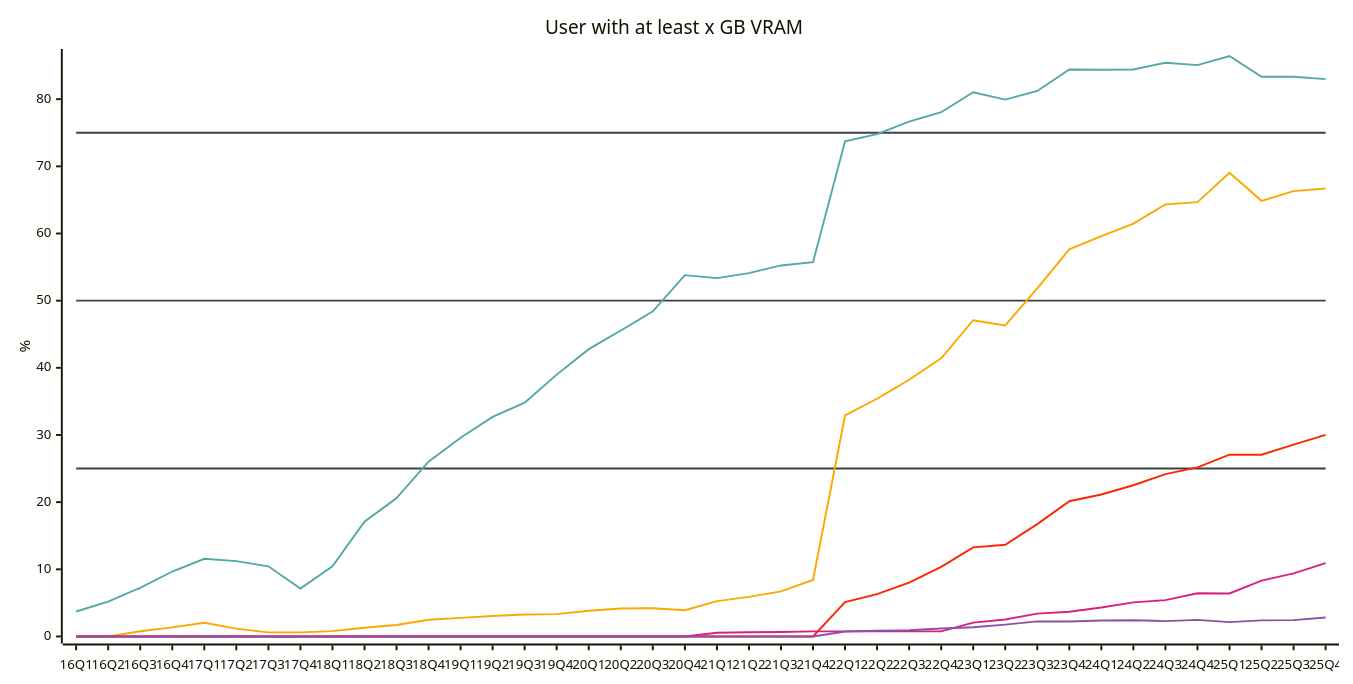
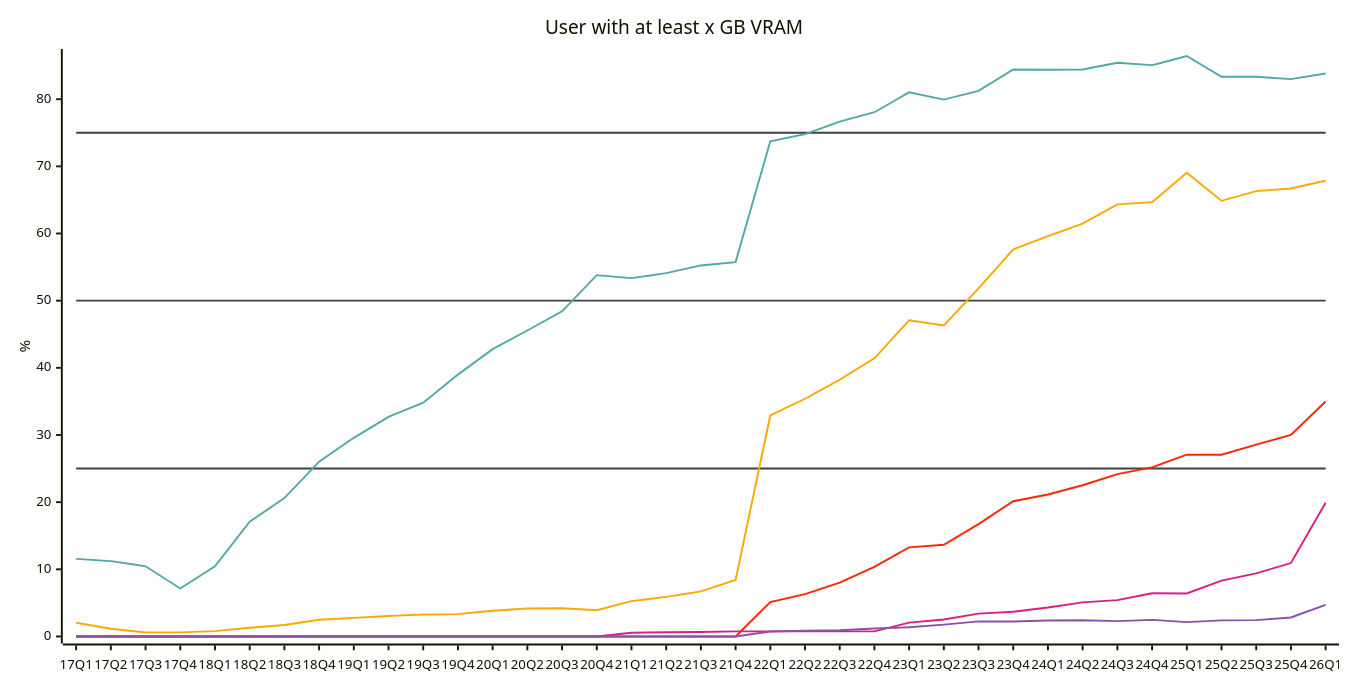
Before and after one commit to jdegene/steamHWsurvey: diagram 12 of 31 in README.md, drawn with Mermaid. The commit also changed other lines of this file and 3 other files, not shown here.

````diff
--- a/README.md
+++ b/README.md
@@ -392,26 +392,26 @@
 ```mermaid
 ---
 config:
     xyChart:
         width: 1400
         height: 700
         
     themeVariables:
         xyChart:
             plotColorPalette: "#404040,#404040,#404040,#51a8a6,#f9a900,#f92800,#d92080,#8a52a6"
 
 --- 
 
 xychart-beta
     title "User with at least x GB VRAM"
-    x-axis [16Q1, 16Q2, 16Q3, 16Q4, 17Q1, 17Q2, 17Q3, 17Q4, 18Q1, 18Q2, 18Q3, 18Q4, 19Q1, 19Q2, 19Q3, 19Q4, 20Q1, 20Q2, 20Q3, 20Q4, 21Q1, 21Q2, 21Q3, 21Q4, 22Q1, 22Q2, 22Q3, 22Q4, 23Q1, 23Q2, 23Q3, 23Q4, 24Q1, 24Q2, 24Q3, 24Q4, 25Q1, 25Q2, 25Q3, 25Q4]
+    x-axis [17Q1, 17Q2, 17Q3, 17Q4, 18Q1, 18Q2, 18Q3, 18Q4, 19Q1, 19Q2, 19Q3, 19Q4, 20Q1, 20Q2, 20Q3, 20Q4, 21Q1, 21Q2, 21Q3, 21Q4, 22Q1, 22Q2, 22Q3, 22Q4, 23Q1, 23Q2, 23Q3, 23Q4, 24Q1, 24Q2, 24Q3, 24Q4, 25Q1, 25Q2, 25Q3, 25Q4, 26Q1]
     y-axis "%" 
- line [25, 25, 25, 25, 25, 25, 25, 25, 25, 25, 25, 25, 25, 25, 25, 25, 25, 25, 25, 25, 25, 25, 25, 25, 25, 25, 25, 25, 25, 25, 25, 25, 25, 25, 25, 25, 25, 25, 25, 25]
- line [50, 50, 50, 50, 50, 50, 50, 50, 50, 50, 50, 50, 50, 50, 50, 50, 50, 50, 50, 50, 50, 50, 50, 50, 50, 50, 50, 50, 50, 50, 50, 50, 50, 50, 50, 50, 50, 50, 50, 50]
- line [75, 75, 75, 75, 75, 75, 75, 75, 75, 75, 75, 75, 75, 75, 75, 75, 75, 75, 75, 75, 75, 75, 75, 75, 75, 75, 75, 75, 75, 75, 75, 75, 75, 75, 75, 75, 75, 75, 75, 75]
-    line [3.716666666666666, 5.183333333333334, 7.246666666666666, 9.673333333333334, 11.559999999999999, 11.223333333333334, 10.45, 7.1466666666666665, 10.453333333333333, 17.083333333333332, 20.599999999999998, 26.023333333333333, 29.580000000000002, 32.70333333333333, 34.803333333333335, 38.989999999999995, 42.78333333333333, 45.556666666666665, 48.413333333333334, 53.79666666666667, 53.35333333333333, 54.11, 55.246666666666655, 55.74, 73.74333333333333, 74.78666666666668, 76.66, 78.05666666666667, 81.02333333333333, 79.93333333333334, 81.23, 84.42333333333335, 84.37666666666667, 84.42999999999999, 85.43333333333334, 85.07000000000001, 86.42666666666666, 83.33, 83.33333333333334, 82.98666666666666]
-    line [0, 0, 0.775, 1.36, 2.0366666666666666, 1.16, 0.61, 0.61, 0.79, 1.3033333333333335, 1.71, 2.48, 2.77, 3.046666666666667, 3.2766666666666664, 3.3266666666666667, 3.836666666666667, 4.16, 4.206666666666667, 3.9099999999999997, 5.256666666666667, 5.89, 6.72, 8.406666666666666, 32.903333333333336, 35.39666666666667, 38.22666666666667, 41.41, 47.08666666666666, 46.32000000000001, 51.83, 57.64999999999999, 59.596666666666664, 61.483333333333334, 64.34333333333333, 64.66333333333333, 69.03333333333333, 64.86666666666667, 66.31666666666666, 66.69666666666666]
-    line [0, 0, 0, 0, 0, 0, 0, 0, 0, 0, 0, 0, 0, 0, 0, 0, 0, 0, 0, 0, 0, 0, 0, 0, 5.11, 6.3133333333333335, 8.006666666666668, 10.366666666666667, 13.273333333333333, 13.66, 16.726666666666667, 20.14, 21.14, 22.516666666666666, 24.173333333333336, 25.183333333333337, 27.063333333333333, 27.060000000000002, 28.573333333333334, 30.020000000000003]
-    line [0, 0, 0, 0, 0, 0, 0, 0, 0, 0, 0, 0, 0, 0, 0, 0, 0, 0, 0, 0, 0.5549999999999999, 0.6333333333333333, 0.6599999999999999, 0.76, 0.76, 0.76, 0.76, 0.76, 2.07, 2.5233333333333334, 3.4066666666666667, 3.6799999999999997, 4.3133333333333335, 5.079999999999999, 5.413333333333333, 6.43, 6.41, 8.316666666666666, 9.403333333333334, 10.93]
-    line [0, 0, 0, 0, 0, 0, 0, 0, 0, 0, 0, 0, 0, 0, 0, 0, 0, 0, 0, 0, 0, 0, 0, 0, 0.75, 0.8500000000000001, 0.9266666666666666, 1.1833333333333333, 1.3733333333333333, 1.76, 2.243333333333333, 2.2333333333333334, 2.3833333333333333, 2.4266666666666667, 2.29, 2.476666666666667, 2.13, 2.396666666666667, 2.4366666666666665, 2.8266666666666667]
+ line [25, 25, 25, 25, 25, 25, 25, 25, 25, 25, 25, 25, 25, 25, 25, 25, 25, 25, 25, 25, 25, 25, 25, 25, 25, 25, 25, 25, 25, 25, 25, 25, 25, 25, 25, 25, 25]
+ line [50, 50, 50, 50, 50, 50, 50, 50, 50, 50, 50, 50, 50, 50, 50, 50, 50, 50, 50, 50, 50, 50, 50, 50, 50, 50, 50, 50, 50, 50, 50, 50, 50, 50, 50, 50, 50]
+ line [75, 75, 75, 75, 75, 75, 75, 75, 75, 75, 75, 75, 75, 75, 75, 75, 75, 75, 75, 75, 75, 75, 75, 75, 75, 75, 75, 75, 75, 75, 75, 75, 75, 75, 75, 75, 75]
+    line [11.559999999999999, 11.223333333333334, 10.45, 7.1466666666666665, 10.453333333333333, 17.083333333333332, 20.599999999999998, 26.023333333333333, 29.580000000000002, 32.70333333333333, 34.803333333333335, 38.989999999999995, 42.78333333333333, 45.556666666666665, 48.413333333333334, 53.79666666666667, 53.35333333333333, 54.11, 55.246666666666655, 55.74, 73.74333333333333, 74.78666666666668, 76.66000000000001, 78.05666666666667, 81.02333333333333, 79.93333333333334, 81.23, 84.42333333333335, 84.37666666666667, 84.42999999999999, 85.43333333333334, 85.07000000000001, 86.42666666666666, 83.33, 83.33333333333334, 82.98666666666666, 83.83]
+    line [2.0366666666666666, 1.16, 0.61, 0.61, 0.79, 1.3033333333333335, 1.71, 2.48, 2.77, 3.046666666666667, 3.2766666666666664, 3.3266666666666667, 3.836666666666667, 4.16, 4.206666666666667, 3.9099999999999997, 5.256666666666667, 5.89, 6.72, 8.406666666666666, 32.903333333333336, 35.39666666666667, 38.22666666666667, 41.41, 47.08666666666666, 46.32000000000001, 51.83, 57.64999999999999, 59.596666666666664, 61.483333333333334, 64.34333333333333, 64.66333333333333, 69.03333333333333, 64.86666666666667, 66.31666666666666, 66.69666666666666, 67.86]
+    line [0, 0, 0, 0, 0, 0, 0, 0, 0, 0, 0, 0, 0, 0, 0, 0, 0, 0, 0, 0, 5.11, 6.3133333333333335, 8.006666666666668, 10.366666666666667, 13.273333333333333, 13.66, 16.726666666666667, 20.14, 21.14, 22.516666666666666, 24.173333333333336, 25.183333333333337, 27.063333333333333, 27.060000000000002, 28.573333333333334, 30.020000000000003, 34.98]
+    line [0, 0, 0, 0, 0, 0, 0, 0, 0, 0, 0, 0, 0, 0, 0, 0, 0.5549999999999999, 0.6333333333333333, 0.6599999999999999, 0.76, 0.76, 0.76, 0.76, 0.76, 2.07, 2.5233333333333334, 3.4066666666666667, 3.6799999999999997, 4.3133333333333335, 5.079999999999999, 5.413333333333333, 6.43, 6.41, 8.316666666666666, 9.403333333333334, 10.93, 19.909999999999997]
+    line [0, 0, 0, 0, 0, 0, 0, 0, 0, 0, 0, 0, 0, 0, 0, 0, 0, 0, 0, 0, 0.75, 0.8500000000000001, 0.9266666666666666, 1.1833333333333333, 1.3733333333333333, 1.76, 2.243333333333333, 2.2333333333333334, 2.3833333333333333, 2.4266666666666667, 2.29, 2.476666666666667, 2.13, 2.396666666666667, 2.4366666666666665, 2.8266666666666667, 4.72]
 ``` 
````
